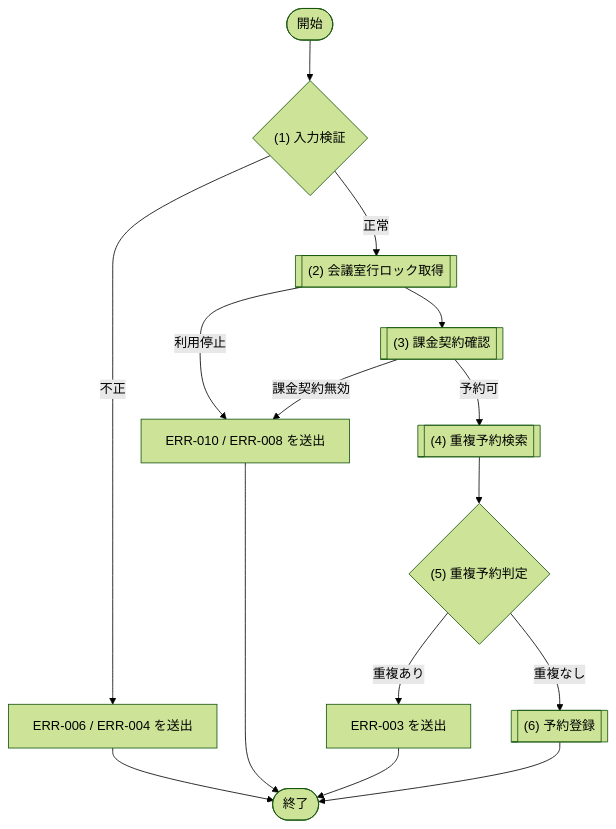
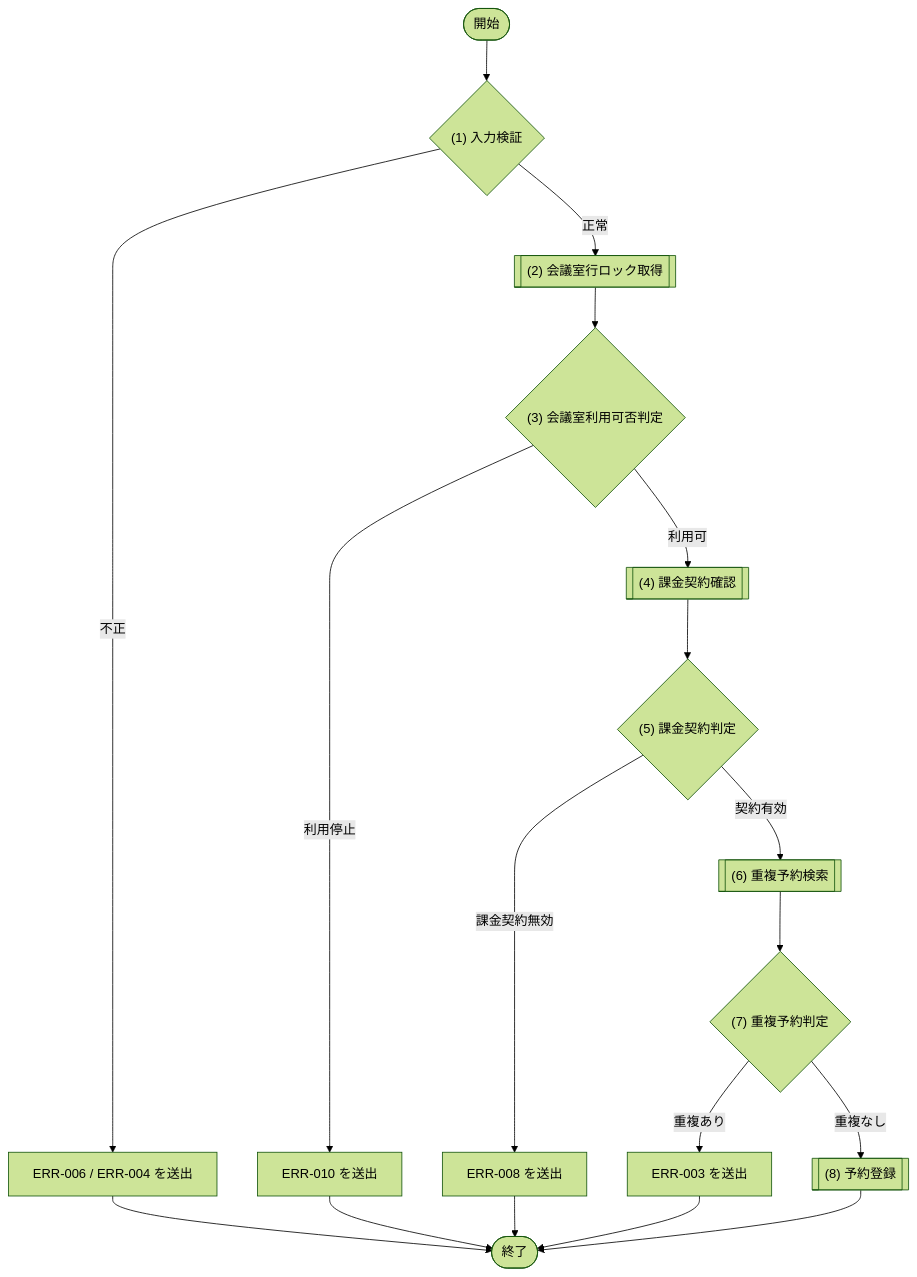
The second of 5 diagrams in docs/03_機能設計/05_モジュール設計/MOD-003_予約サービス.md (sikakou54/system-document-template), drawn with Mermaid (forest theme) before and after one commit. The commit also changed other lines of this file and 15 other files, not shown here.

````diff
--- a/docs/03_機能設計/05_モジュール設計/MOD-003_予約サービス.md
+++ b/docs/03_機能設計/05_モジュール設計/MOD-003_予約サービス.md
@@ -138,23 +138,27 @@
 ```mermaid
 flowchart TD
   Start([開始])
   D1{"(1) 入力検証"}
   P1[["(2) 会議室行ロック取得"]]
-  P2[["(3) 課金契約確認"]]
-  P3[["(4) 重複予約検索"]]
-  D2{"(5) 重複予約判定"}
-  P4[["(6) 予約登録"]]
+  D2{"(3) 会議室利用可否判定"}
+  P2[["(4) 課金契約確認"]]
+  D3{"(5) 課金契約判定"}
+  P3[["(6) 重複予約検索"]]
+  D4{"(7) 重複予約判定"}
+  P4[["(8) 予約登録"]]
   E1["ERR-006 / ERR-004 を送出"]
-  E2["ERR-010 / ERR-008 を送出"]
+  E2["ERR-010 を送出"]
+  E4["ERR-008 を送出"]
   E3["ERR-003 を送出"]
   End([終了])
 
   Start --> D1
   D1 -- "不正" --> E1 --> End
-  D1 -- "正常" --> P1 --> P2
-  P1 -- "利用停止" --> E2 --> End
-  P2 -- "課金契約無効" --> E2
-  P2 -- "予約可" --> P3 --> D2
-  D2 -- "重複あり" --> E3 --> End
-  D2 -- "重複なし" --> P4 --> End
+  D1 -- "正常" --> P1 --> D2
+  D2 -- "利用停止" --> E2 --> End
+  D2 -- "利用可" --> P2 --> D3
+  D3 -- "課金契約無効" --> E4 --> End
+  D3 -- "契約有効" --> P3 --> D4
+  D4 -- "重複あり" --> E3 --> End
+  D4 -- "重複なし" --> P4 --> End
 ```
````
